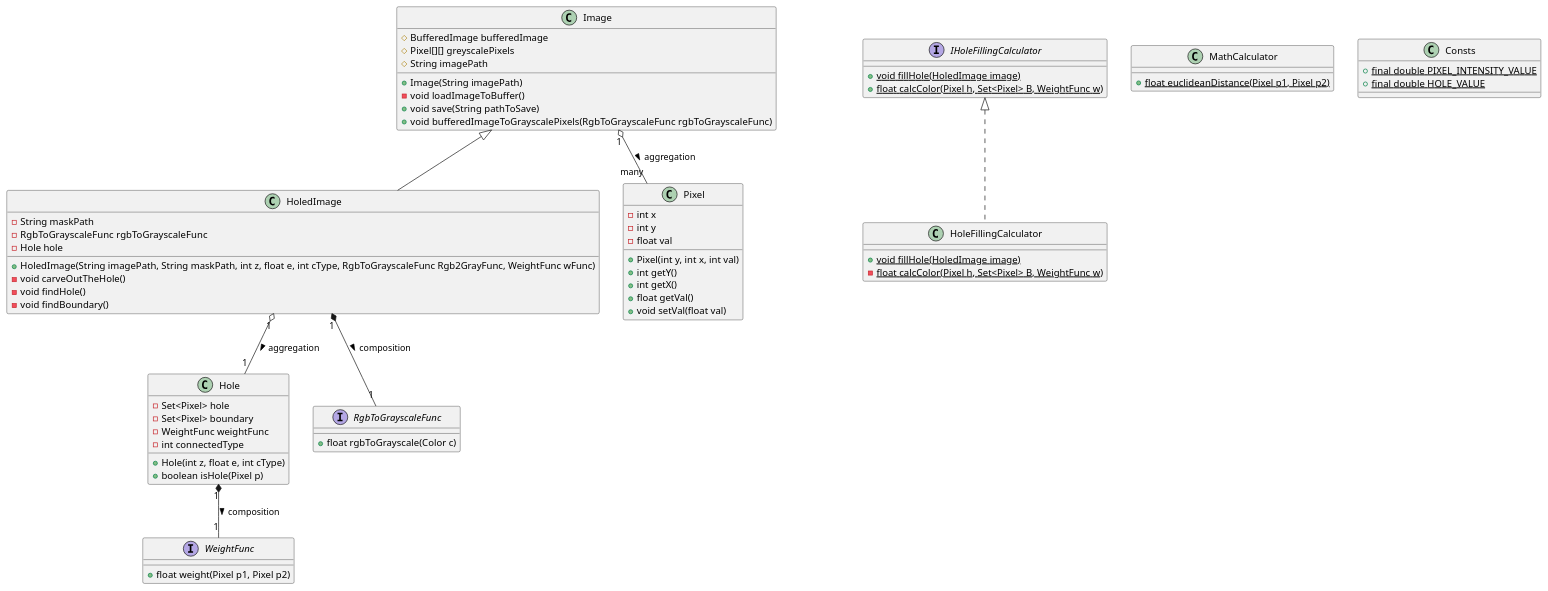
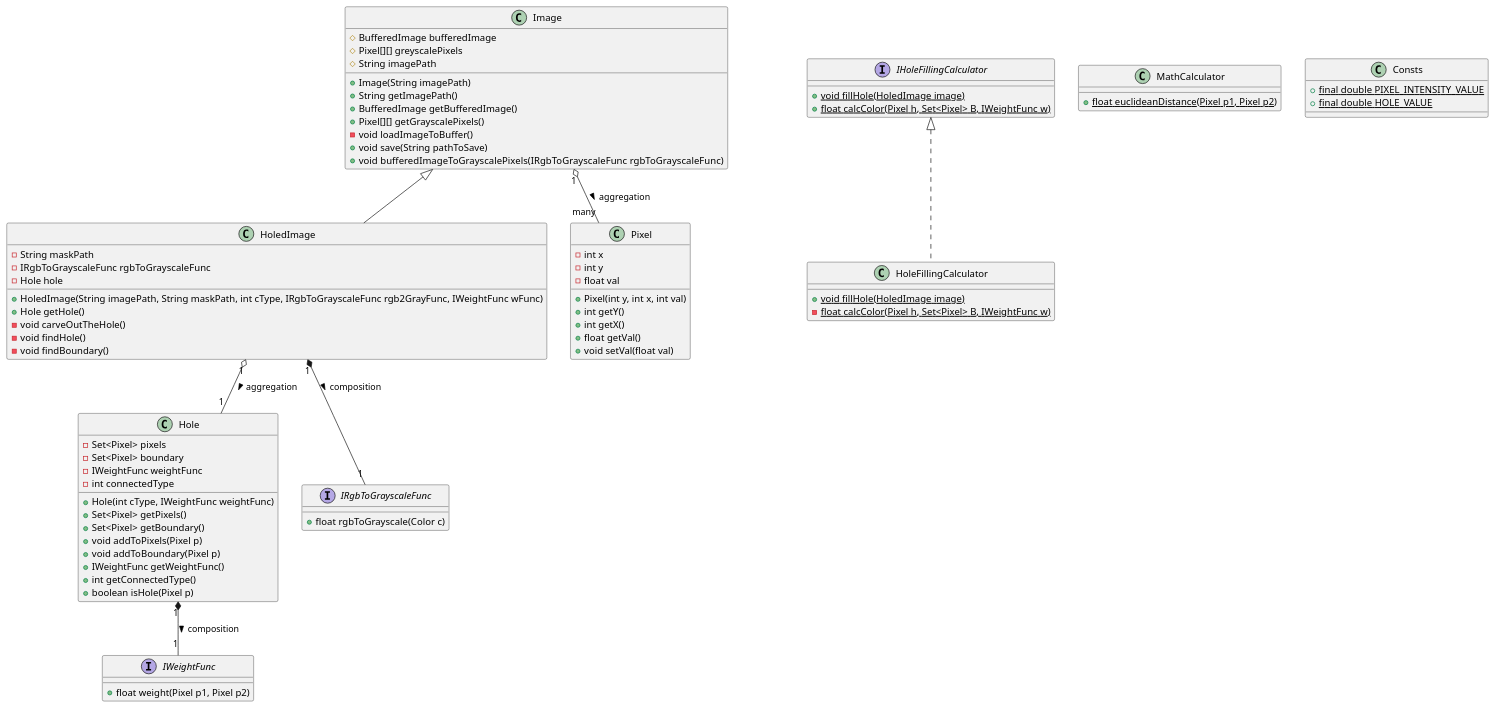
The diagram in OOD.puml (avielas/HoleFilling), drawn with PlantUML before and after one commit. The commit also changed 20 other files, not shown here.

```diff
--- a/OOD.puml
+++ b/OOD.puml
@@ -1,80 +1,90 @@
 @startuml
 'https://plantuml.com/class-diagram
 
 class Image{
     # BufferedImage bufferedImage
     # Pixel[][] greyscalePixels
     # String imagePath
     + Image(String imagePath)
+    + String getImagePath()
+    + BufferedImage getBufferedImage()
+    + Pixel[][] getGrayscalePixels()
     - void loadImageToBuffer()
     + void save(String pathToSave)
-    + void bufferedImageToGrayscalePixels(RgbToGrayscaleFunc rgbToGrayscaleFunc)
+    + void bufferedImageToGrayscalePixels(IRgbToGrayscaleFunc rgbToGrayscaleFunc)
 }
 
 class HoledImage extends Image{
     - String maskPath
-    - RgbToGrayscaleFunc rgbToGrayscaleFunc
+    - IRgbToGrayscaleFunc rgbToGrayscaleFunc
     - Hole hole
-    + HoledImage(String imagePath, String maskPath, int z, float e, int cType, RgbToGrayscaleFunc Rgb2GrayFunc, WeightFunc wFunc)
+    + HoledImage(String imagePath, String maskPath, int cType, IRgbToGrayscaleFunc rgb2GrayFunc, IWeightFunc wFunc)
+    + Hole getHole()
     - void carveOutTheHole()
     - void findHole()
     - void findBoundary()
 }
 
 class Hole{
-    - Set<Pixel> hole
+    - Set<Pixel> pixels
     - Set<Pixel> boundary
-    - WeightFunc weightFunc
+    - IWeightFunc weightFunc
     - int connectedType
-    + Hole(int z, float e, int cType)
+    + Hole(int cType, IWeightFunc weightFunc)
+    + Set<Pixel> getPixels()
+    + Set<Pixel> getBoundary()
+    + void addToPixels(Pixel p)
+    + void addToBoundary(Pixel p)
+    + IWeightFunc getWeightFunc()
+    + int getConnectedType()
     + boolean isHole(Pixel p)
 }
 
-interface WeightFunc{
+interface IWeightFunc{
     + float weight(Pixel p1, Pixel p2)
 }
 
-interface RgbToGrayscaleFunc{
+interface IRgbToGrayscaleFunc{
     + float rgbToGrayscale(Color c)
 }
 
 class Pixel{
     - int x
     - int y
     - float val
     + Pixel(int y, int x, int val)
     + int getY()
     + int getX()
     + float getVal()
     + void setVal(float val)
 }
 
 class HoleFillingCalculator implements IHoleFillingCalculator{
     + {static} void fillHole(HoledImage image)
-    - {static} float calcColor(Pixel h, Set<Pixel> B, WeightFunc w)
+    - {static} float calcColor(Pixel h, Set<Pixel> B, IWeightFunc w)
 }
 
 interface IHoleFillingCalculator{
     + {static} void fillHole(HoledImage image)
-    + {static} float calcColor(Pixel h, Set<Pixel> B, WeightFunc w)
+    + {static} float calcColor(Pixel h, Set<Pixel> B, IWeightFunc w)
 }
 
 class MathCalculator{
     + {static} float euclideanDistance(Pixel p1, Pixel p2)
 }
 
 class Consts{
     + {static} final double PIXEL_INTENSITY_VALUE
     + {static} final double HOLE_VALUE
 }
 
 'Aggregation
 Image "1" o-- "many" Pixel : aggregation >
 HoledImage "1" o-- "1" Hole : aggregation >
 
 
 'Composition
-HoledImage "1" *-- "1" RgbToGrayscaleFunc : composition >
-Hole "1" *-- "1" WeightFunc : composition >
+HoledImage "1" *-- "1" IRgbToGrayscaleFunc : composition >
+Hole "1" *-- "1" IWeightFunc : composition >
 
 @enduml
```
